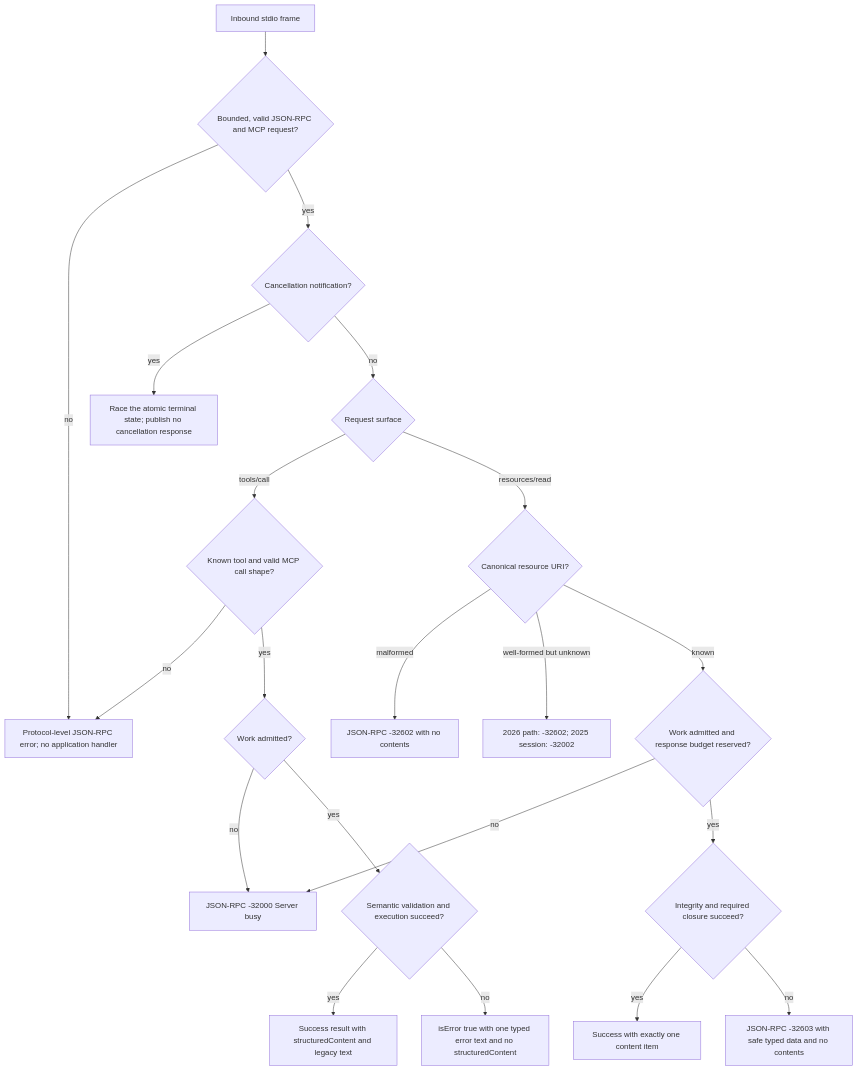
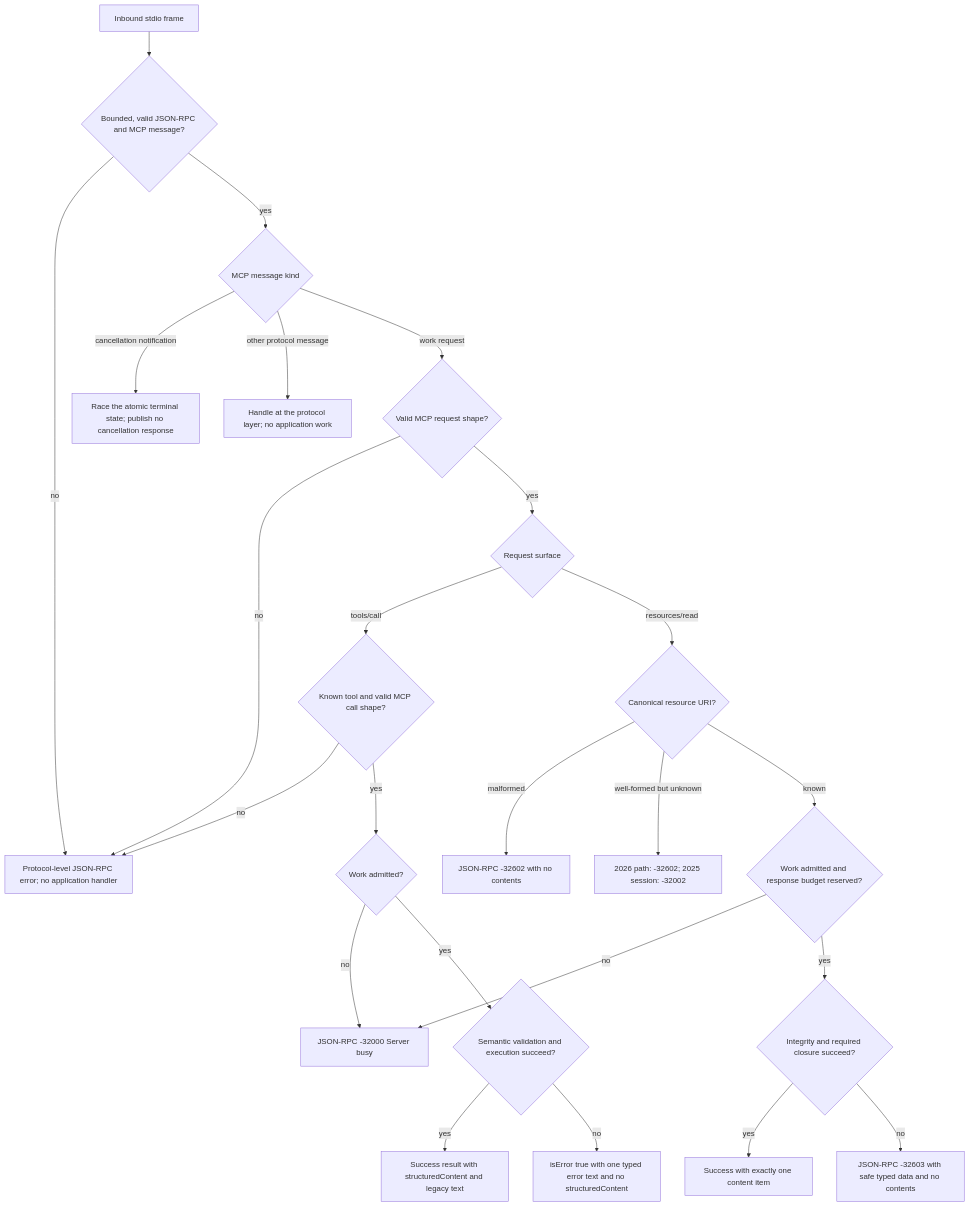
The eighth of 11 diagrams in docs/design.md (grammy-jiang/clause-sift), drawn with Mermaid before and after one commit. The commit also changed other lines of this file, not shown here.

Commit message:
docs(design): correct control-flow ordering

````diff
--- a/docs/design.md
+++ b/docs/design.md
@@ -1984,23 +1988,26 @@
 ```mermaid
 flowchart TD
-    FRAME[Inbound stdio frame] --> ENVELOPE{Bounded, valid JSON-RPC and MCP request?}
+    FRAME[Inbound stdio frame] --> ENVELOPE{Bounded, valid JSON-RPC and MCP message?}
     ENVELOPE -->|no| PROTOCOL[Protocol-level JSON-RPC error; no application handler]
-    ENVELOPE -->|yes| CONTROL{Cancellation notification?}
-    CONTROL -->|yes| CANCEL[Race the atomic terminal state; publish no cancellation response]
-    CONTROL -->|no| SURFACE{Request surface}
+    ENVELOPE -->|yes| MESSAGE{MCP message kind}
+    MESSAGE -->|cancellation notification| CANCEL[Race the atomic terminal state; publish no cancellation response]
+    MESSAGE -->|other protocol message| PROTOCOL_CONTROL[Handle at the protocol layer; no application work]
+    MESSAGE -->|work request| REQUEST{Valid MCP request shape?}
+    REQUEST -->|no| PROTOCOL
+    REQUEST -->|yes| SURFACE{Request surface}
     SURFACE -->|tools/call| TOOL_SHAPE{Known tool and valid MCP call shape?}
     TOOL_SHAPE -->|no| PROTOCOL
     TOOL_SHAPE -->|yes| TOOL_ADMIT{Work admitted?}
     TOOL_ADMIT -->|no| BUSY[JSON-RPC -32000 Server busy]
     TOOL_ADMIT -->|yes| TOOL{Semantic validation and execution succeed?}
     TOOL -->|yes| TOOL_SUCCESS[Success result with structuredContent and legacy text]
     TOOL -->|no| TOOL_ERROR[isError true with one typed error text and no structuredContent]
     SURFACE -->|resources/read| URI{Canonical resource URI?}
     URI -->|malformed| INVALID_URI[JSON-RPC -32602 with no contents]
     URI -->|well-formed but unknown| UNKNOWN_URI[2026 path: -32602; 2025 session: -32002]
     URI -->|known| RESOURCE_ADMIT{Work admitted and response budget reserved?}
     RESOURCE_ADMIT -->|no| BUSY
     RESOURCE_ADMIT -->|yes| RESOURCE{Integrity and required closure succeed?}
     RESOURCE -->|yes| RESOURCE_SUCCESS[Success with exactly one content item]
     RESOURCE -->|no| RESOURCE_ERROR[JSON-RPC -32603 with safe typed data and no contents]
 ```
````
